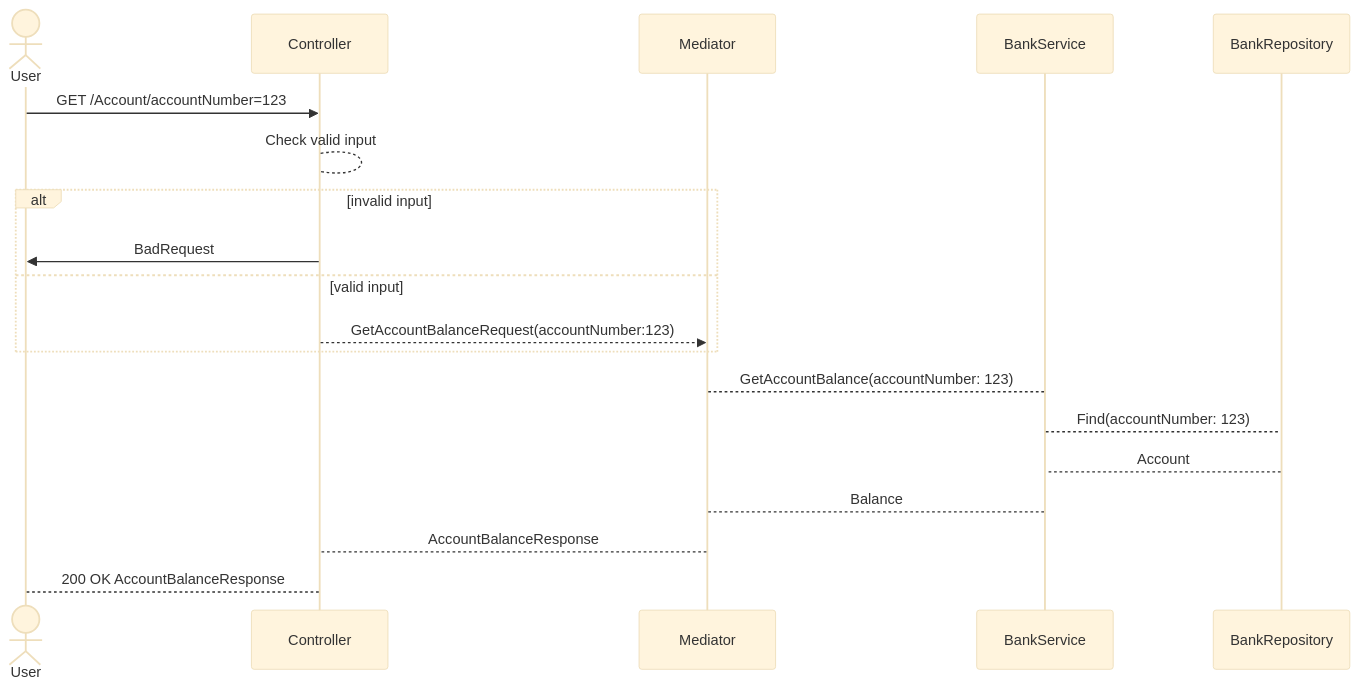
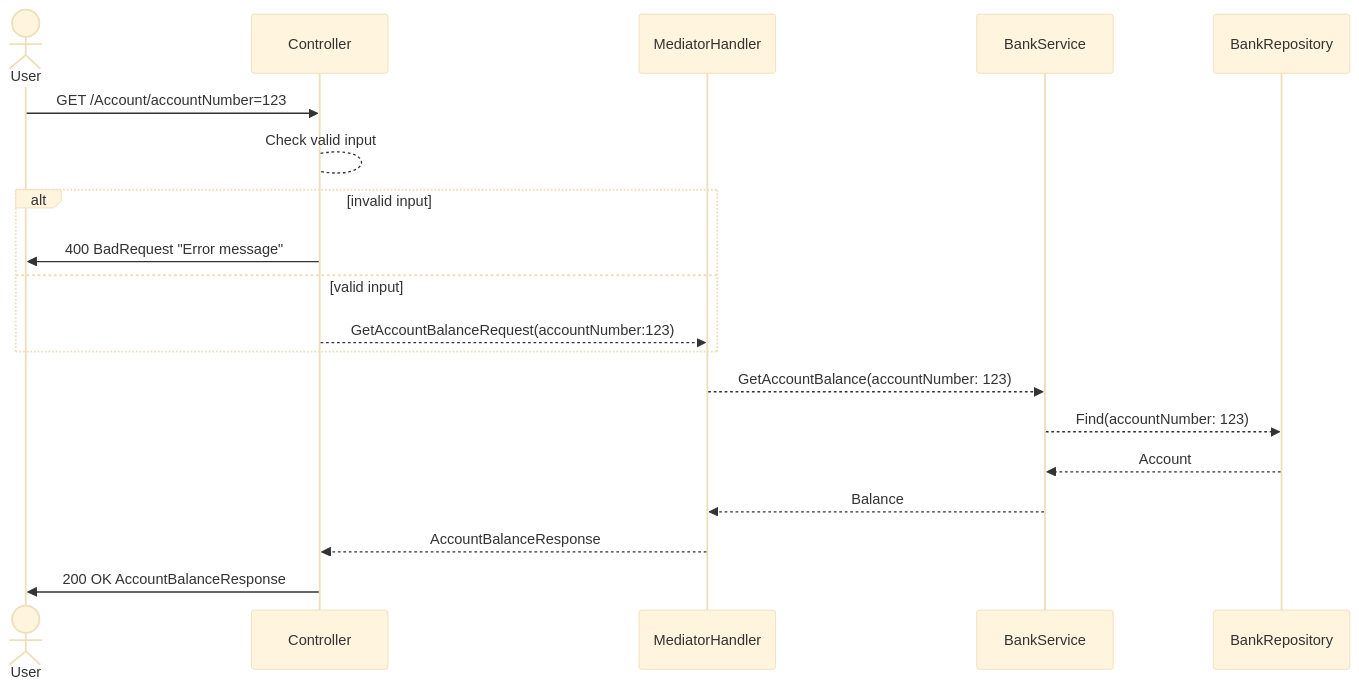
One commit to Gio2k/FunctionalKata changed the diagram in README.MD. Above: the diagram before and after it, drawn with Mermaid (base theme).

Commit message:
update seq diagram

````diff
--- a/README.MD
+++ b/README.MD
@@ -26,17 +26,17 @@
 ```mermaid
 sequenceDiagram
     actor User
     User->>Controller: GET /Account/accountNumber=123
     Controller --> Controller: Check valid input
     alt invalid input
-        Controller->>User: BadRequest
+        Controller->>User: 400 BadRequest "Error message"
     else valid input
-            Controller-->>Mediator: GetAccountBalanceRequest(accountNumber:123)
+            Controller-->>MediatorHandler: GetAccountBalanceRequest(accountNumber:123)
     end 
-    Mediator-->BankService: GetAccountBalance(accountNumber: 123)
-    BankService-->BankRepository: Find(accountNumber: 123)
-    BankRepository-->BankService: Account
-    BankService-->Mediator: Balance
-    Mediator-->Controller: AccountBalanceResponse
-    Controller-->User: 200 OK AccountBalanceResponse
+    MediatorHandler-->>BankService: GetAccountBalance(accountNumber: 123)
+    BankService-->>BankRepository: Find(accountNumber: 123)
+    BankRepository-->>BankService: Account
+    BankService-->>MediatorHandler: Balance
+    MediatorHandler-->>Controller: AccountBalanceResponse
+    Controller->>User: 200 OK AccountBalanceResponse
 ```
````
